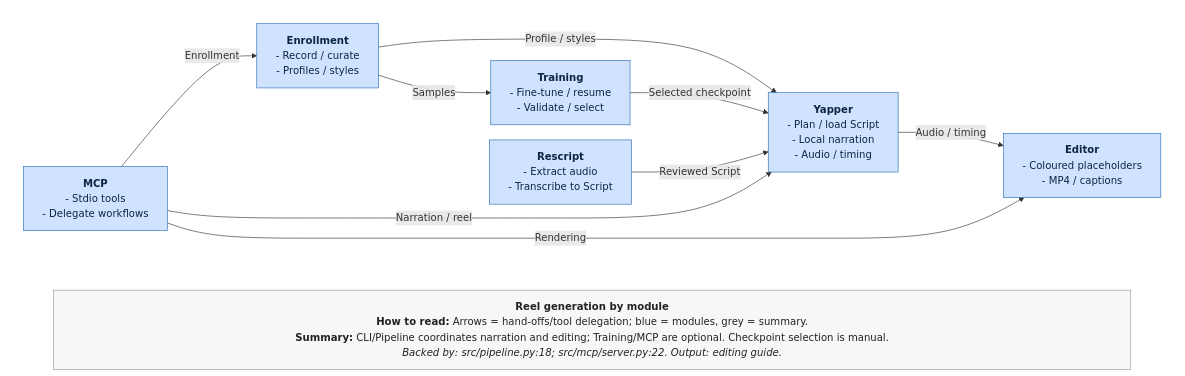
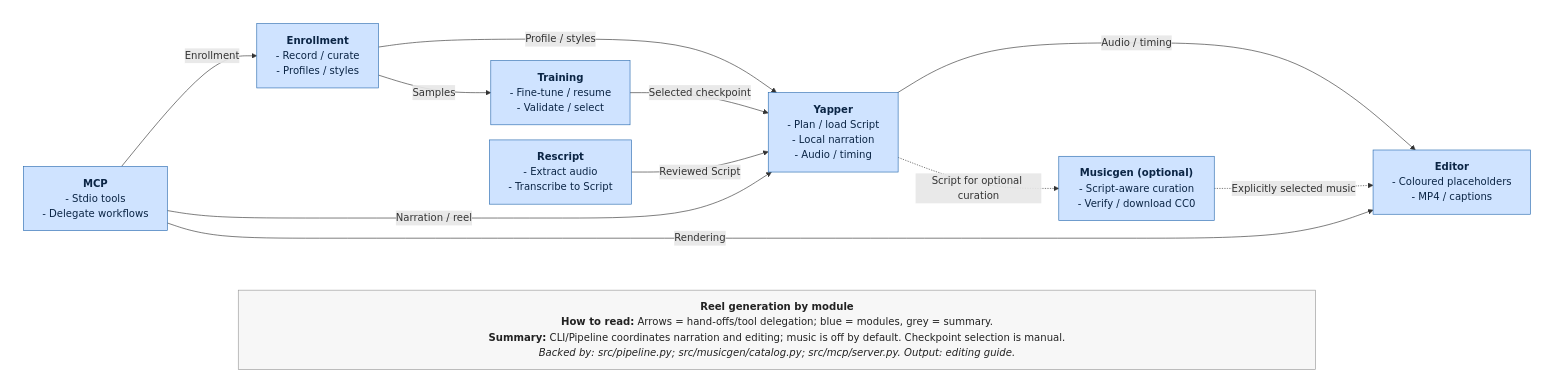
One commit to Arka95/yapit changed the diagram in docs/dev.readme.md. Above: the diagram before and after it, drawn with Mermaid. The commit also changed other lines of this file and 52 other files, not shown here.

First line of the commit message:
Add optional CC0 music and persistent speech worker

````diff
--- a/docs/dev.readme.md
+++ b/docs/dev.readme.md
@@ -60,27 +62,30 @@
 ```mermaid
 %%{init: {"flowchart": {"wrappingWidth": 1700, "nodeSpacing": 24, "rankSpacing": 30}}}%%
 flowchart TB
     subgraph MAIN[" "]
         direction LR
         Enrollment["<b>Enrollment</b><br/>- Record / curate<br/>- Profiles / styles"]:::svc
         Rescript["<b>Rescript</b><br/>- Extract audio<br/>- Transcribe to Script"]:::svc
         Yapper["<b>Yapper</b><br/>- Plan / load Script<br/>- Local narration<br/>- Audio / timing"]:::svc
         Editor["<b>Editor</b><br/>- Coloured placeholders<br/>- MP4 / captions"]:::svc
+        Musicgen["<b>Musicgen (optional)</b><br/>- Script-aware curation<br/>- Verify / download CC0"]:::svc
         Training["<b>Training</b><br/>- Fine-tune / resume<br/>- Validate / select"]:::svc
         MCP["<b>MCP</b><br/>- Stdio tools<br/>- Delegate workflows"]:::svc
 
         Enrollment -->|"Profile / styles"| Yapper
         Enrollment -->|"Samples"| Training
         Training -->|"Selected checkpoint"| Yapper
         Rescript -->|"Reviewed Script"| Yapper
         Yapper -->|"Audio / timing"| Editor
+        Yapper -. "Script for optional curation" .-> Musicgen
+        Musicgen -. "Explicitly selected music" .-> Editor
         MCP -->|"Enrollment"| Enrollment
         MCP -->|"Narration / reel"| Yapper
         MCP -->|"Rendering"| Editor
     end
     MAIN ~~~ SUM
-    SUM["<div style='width:1650px'><b>Reel generation by module</b><br/><b>How to read:</b> Arrows = hand-offs/tool delegation; blue = modules, grey = summary.<br/><b>Summary:</b> CLI/Pipeline coordinates narration and editing; Training/MCP are optional. Checkpoint selection is manual.<br/><i>Backed by: src/pipeline.py:18; src/mcp/server.py:22. Output: editing guide.</i></div>"]:::caption
+    SUM["<div style='width:1650px'><b>Reel generation by module</b><br/><b>How to read:</b> Arrows = hand-offs/tool delegation; blue = modules, grey = summary.<br/><b>Summary:</b> CLI/Pipeline coordinates narration and editing; music is off by default. Checkpoint selection is manual.<br/><i>Backed by: src/pipeline.py; src/musicgen/catalog.py; src/mcp/server.py. Output: editing guide.</i></div>"]:::caption
     style MAIN fill:none,stroke:none;
     classDef svc fill:#cfe3ff,stroke:#2b6cb0,color:#0b2545;
     classDef caption fill:#f7f7f7,stroke:#999,color:#222,font-size:16px;
 ```
````
